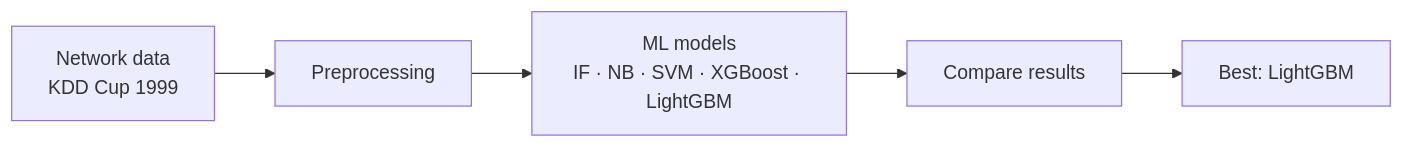
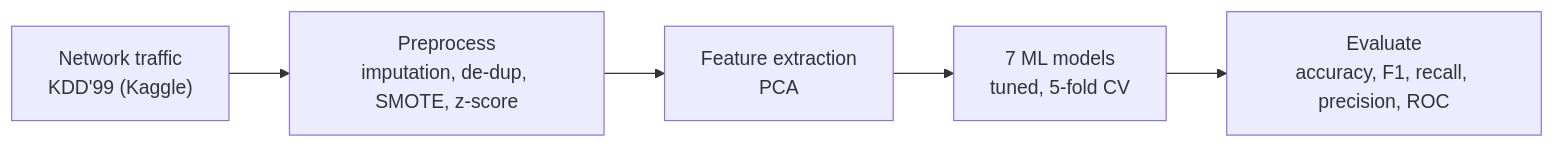
One commit to hotaro6754/hotaro6754 changed the first of 4 diagrams in beyond-100/Beyond_100_Speaker_Notes.md. Above: the diagram before and after it, drawn with Mermaid. The commit also changed other lines of this file and 1 other file, not shown here.

````diff
--- a/beyond-100/Beyond_100_Speaker_Notes.md
+++ b/beyond-100/Beyond_100_Speaker_Notes.md
@@ -142,7 +165,7 @@
 ```mermaid
 flowchart LR
-  A["Network data<br/>KDD Cup 1999"] --> B["Preprocessing"]
-  B --> C["ML models<br/>IF · NB · SVM · XGBoost · LightGBM"]
-  C --> D["Compare results"]
-  D --> E["Best: LightGBM"]
+  A["Network traffic<br/>KDD'99 (Kaggle)"] --> B["Preprocess<br/>imputation, de-dup, SMOTE, z-score"]
+  B --> C["Feature extraction<br/>PCA"]
+  C --> D["7 ML models<br/>tuned, 5-fold CV"]
+  D --> E["Evaluate<br/>accuracy, F1, recall, precision, ROC"]
 ```
````
